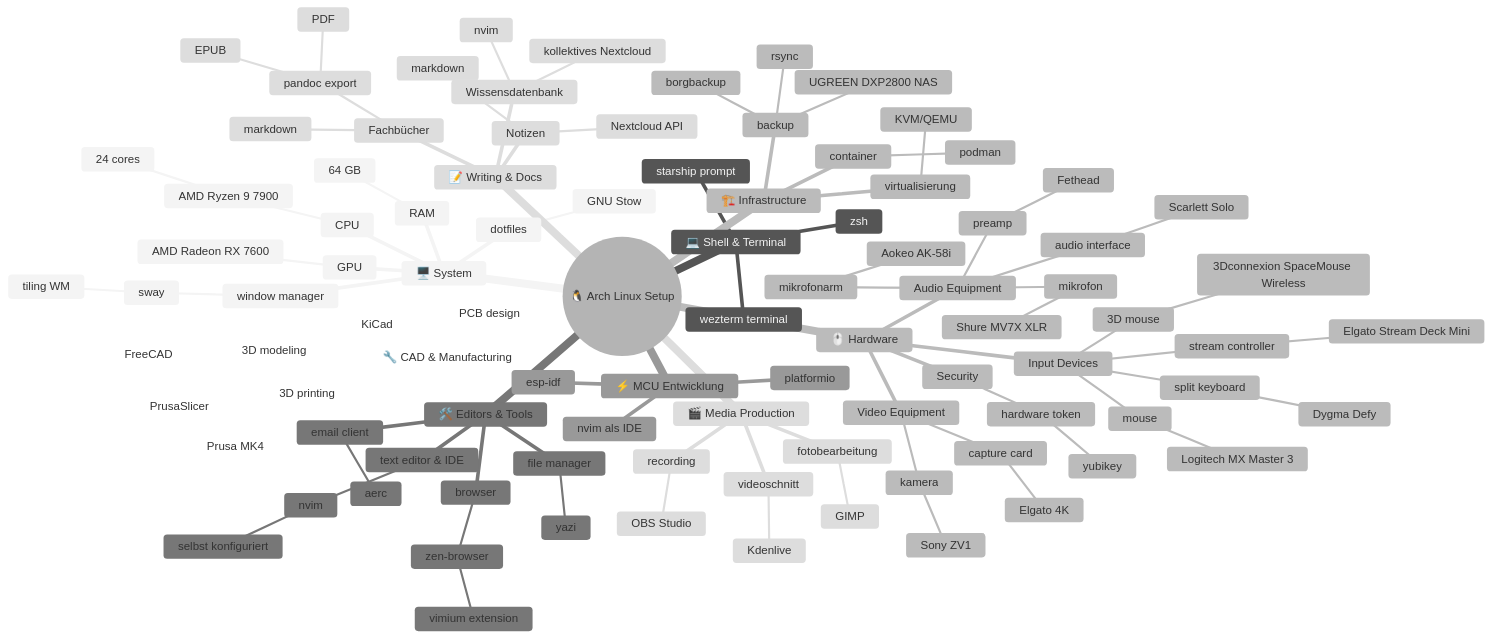
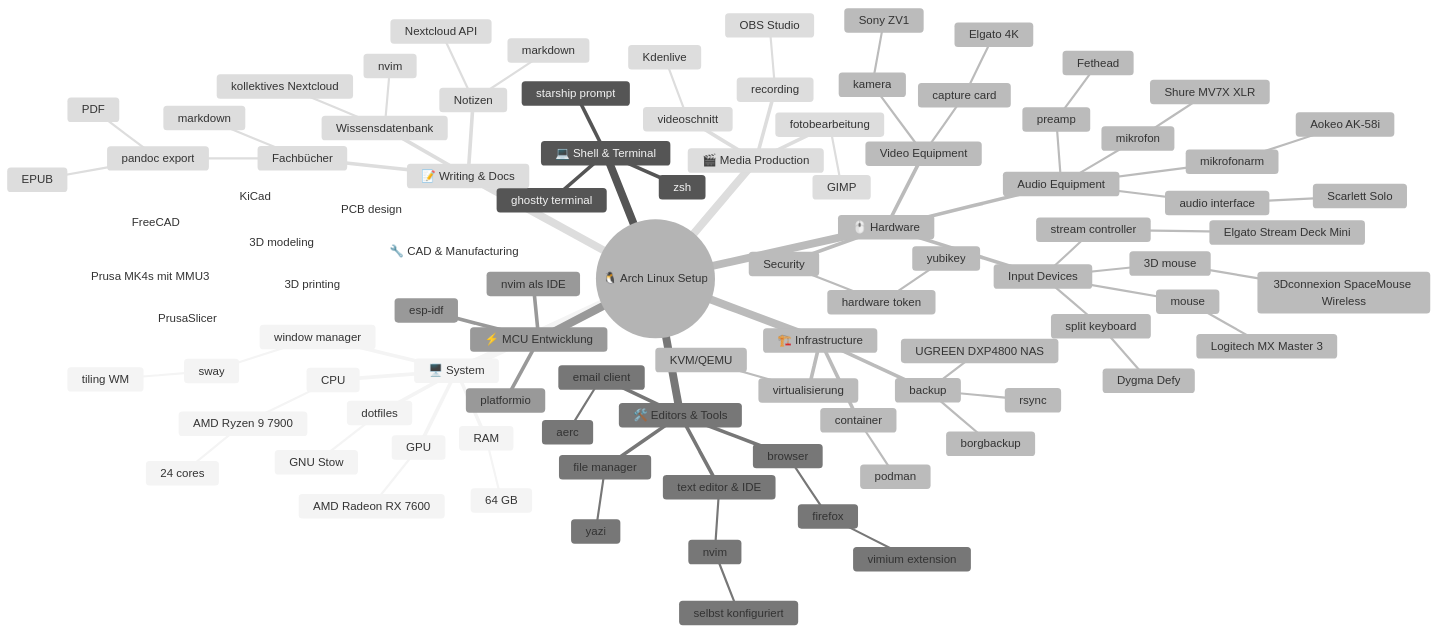
The diagram in 20_my-arch-setup/README.md (pixelEDI/I_use_Arch_btw), drawn with Mermaid before and after one commit.

Commit message:
arch linux setup update

```diff
--- a/20_my-arch-setup/README.md
+++ b/20_my-arch-setup/README.md
@@ -23,12 +23,12 @@
     💻 Shell & Terminal
       zsh
       starship prompt
-      wezterm terminal
+      ghostty terminal
     🏗️ Infrastructure
       backup
         rsync
         borgbackup
-        UGREEN DXP2800 NAS
+        UGREEN DXP4800 NAS
       container
         podman
       virtualisierung
@@ -42,7 +42,7 @@
       email client
         aerc
       browser
-        zen-browser
+        firefox
           vimium extension
     ⚡ MCU Entwicklung
       esp-idf
@@ -60,7 +60,7 @@
         FreeCAD
       3D printing
         PrusaSlicer
-        Prusa MK4
+        Prusa MK4s mit MMU3
       PCB design
         KiCad
     📝 Writing & Docs
```
